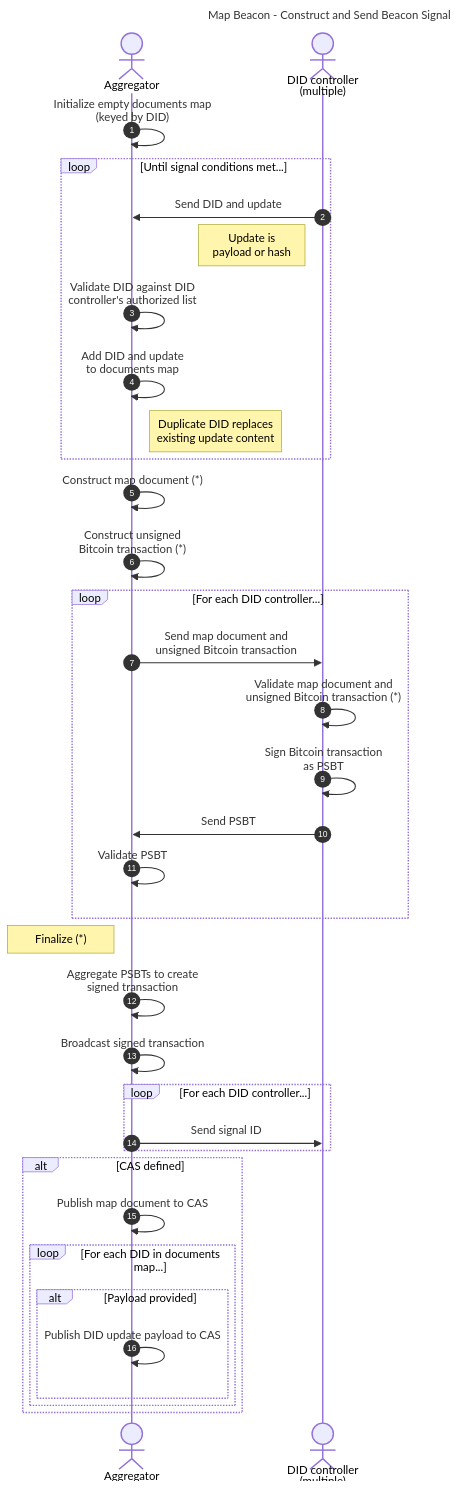
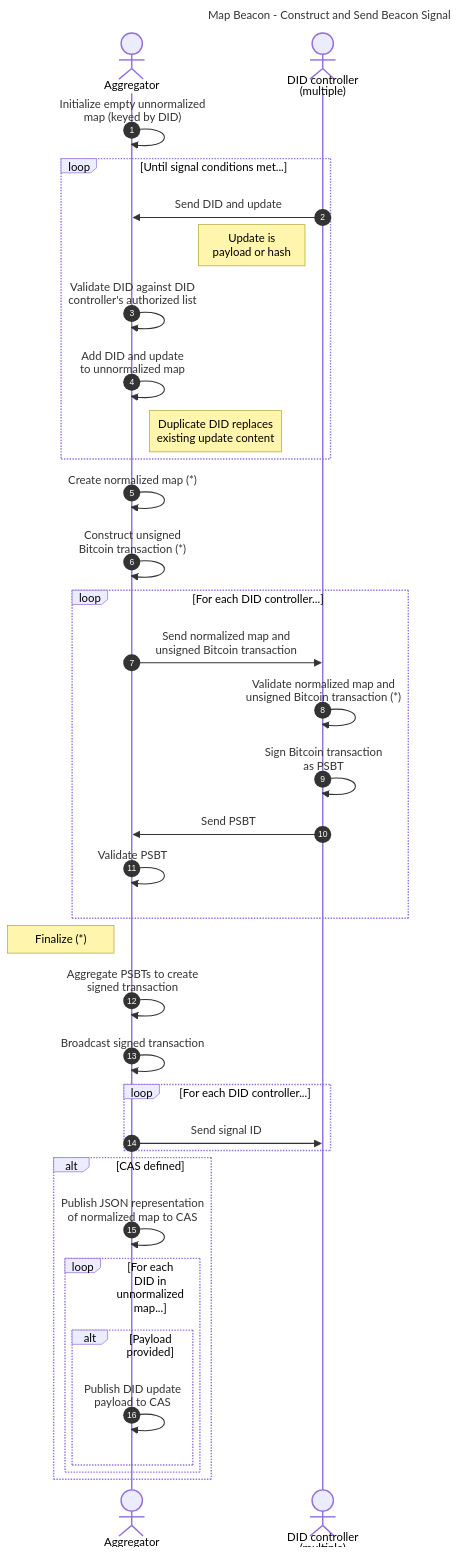
One commit to dcdpr/did-btc1 changed the second of 4 diagrams in chapters/Beacons.md. Above: the diagram before and after it, drawn with Mermaid. The commit also changed other lines of this file, not shown here.

Commit message:
Removed ambiguous "document" wording from map Beacon.

````diff
--- a/chapters/Beacons.md
+++ b/chapters/Beacons.md
@@ -216,48 +215,48 @@
 ```mermaid
 sequenceDiagram
     autonumber
     title Map Beacon - Construct and Send Beacon Signal
 
     actor A as Aggregator
     actor C as DID controller<br/>(multiple)
 
-    A ->> A: Initialize empty documents map<br/>(keyed by DID)
+    A ->> A: Initialize empty unnormalized<br/>map (keyed by DID)
 
     loop Until signal conditions met...
         C ->> A: Send DID and update
         note left of C: Update is<br/>payload or hash
         A ->> A: Validate DID against DID<br/>controller's authorized list
-        A ->> A: Add DID and update<br/>to documents map
+        A ->> A: Add DID and update<br/>to unnormalized map
         note right of A: Duplicate DID replaces<br/>existing update content
     end
 
-    A ->> A: Construct map document (*)
+    A ->> A: Create normalized map (*)
     A ->> A: Construct unsigned<br/>Bitcoin transaction (*)
 
     loop For each DID controller...
-        A ->> C: Send map document and<br/>unsigned Bitcoin transaction
-        C ->> C: Validate map document and<br/>unsigned Bitcoin transaction (*)
+        A ->> C: Send normalized map and<br/>unsigned Bitcoin transaction
+        C ->> C: Validate normalized map and<br/>unsigned Bitcoin transaction (*)
         C ->> C: Sign Bitcoin transaction<br/>as PSBT
         C ->> A: Send PSBT
         A ->> A: Validate PSBT
     end
     
     note left of A: Finalize (*)
 
     A ->> A: Aggregate PSBTs to create<br/>signed transaction
     A ->> A: Broadcast signed transaction
 
     loop For each DID controller...
         A ->> C: Send signal ID
     end
 
     alt CAS defined
-        A ->> A: Publish map document to CAS
+        A ->> A: Publish JSON representation<br/>of normalized map to CAS
 
-        loop For each DID in documents map...
+        loop For each DID in unnormalized map...
             alt Payload provided
-                A ->> A: Publish DID update payload to CAS
+                A ->> A: Publish DID update<br/>payload to CAS
             end
         end
     end
 ```
````
